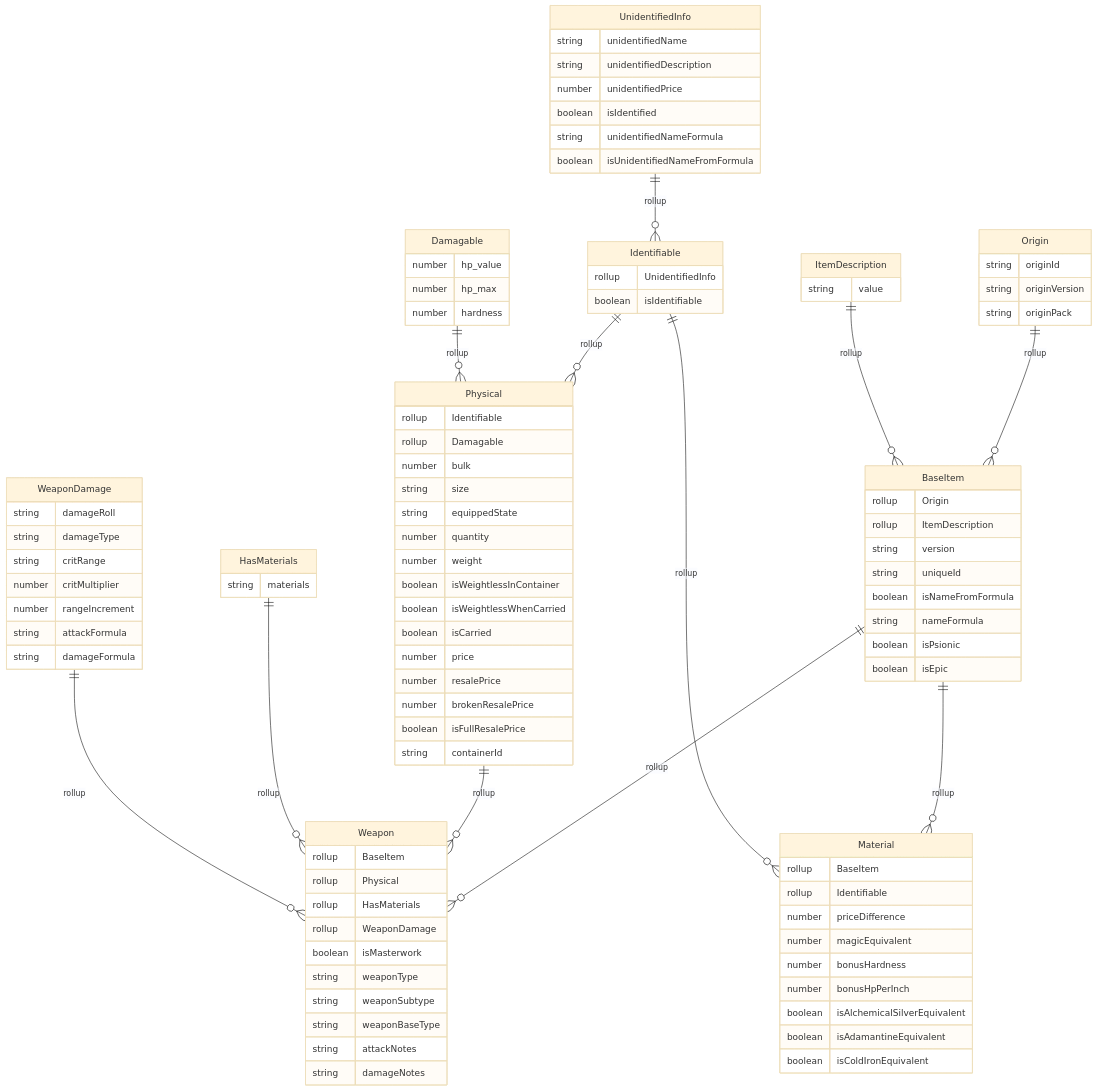
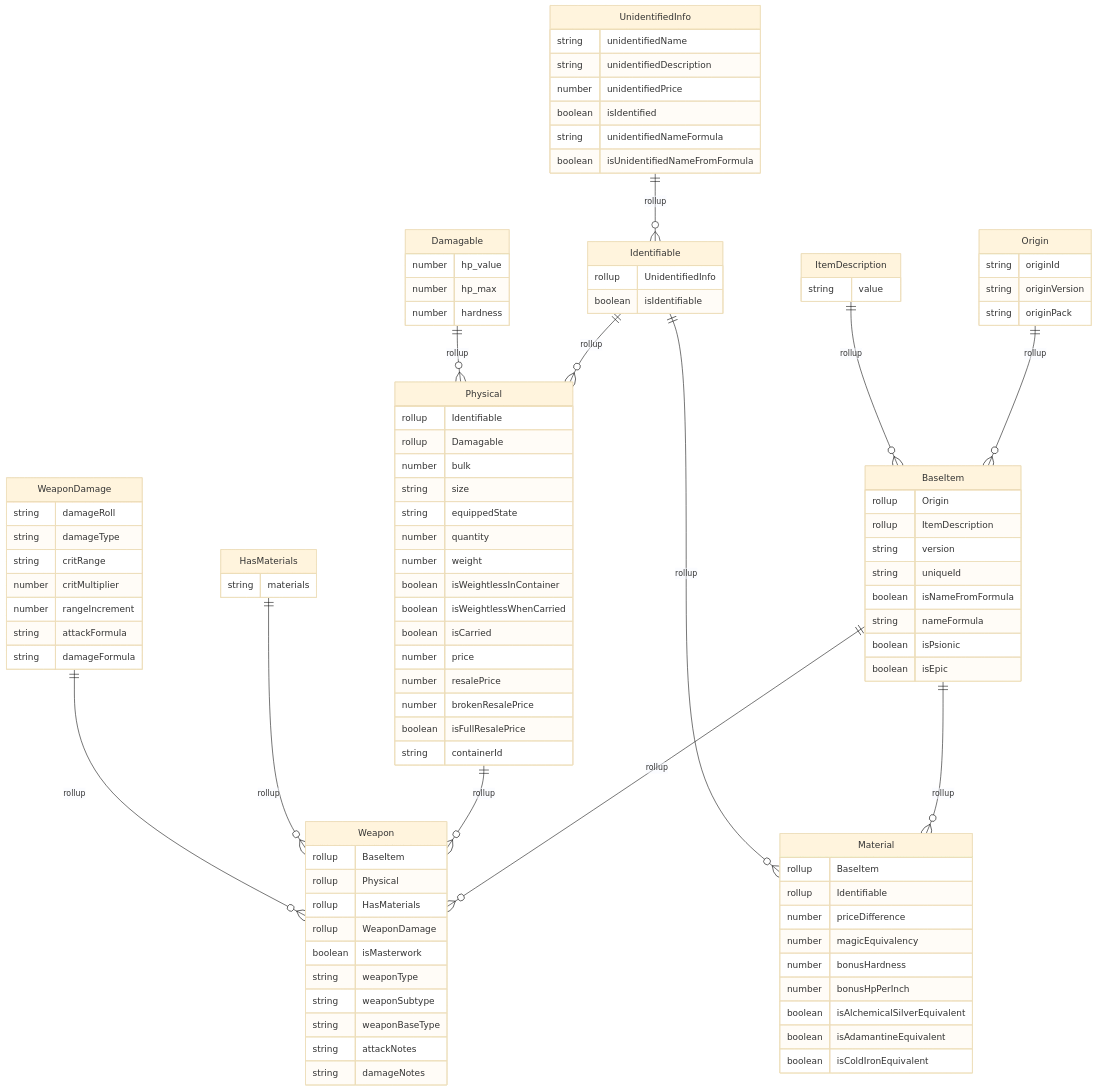
The diagram in src/entities/items/PropertyMap (POC).md (Chapel-Studios/DnD35e), drawn with Mermaid (base theme) before and after one commit. The commit also changed 14 other files, not shown here.

```diff
--- a/src/entities/items/PropertyMap (POC).md
+++ b/src/entities/items/PropertyMap (POC).md
@@ -79,7 +79,7 @@
         rollup Identifiable
 
         number priceDifference
-        number magicEquivalent
+        number magicEquivalency
         number bonusHardness
         number bonusHpPerInch
         boolean isAlchemicalSilverEquivalent
```
